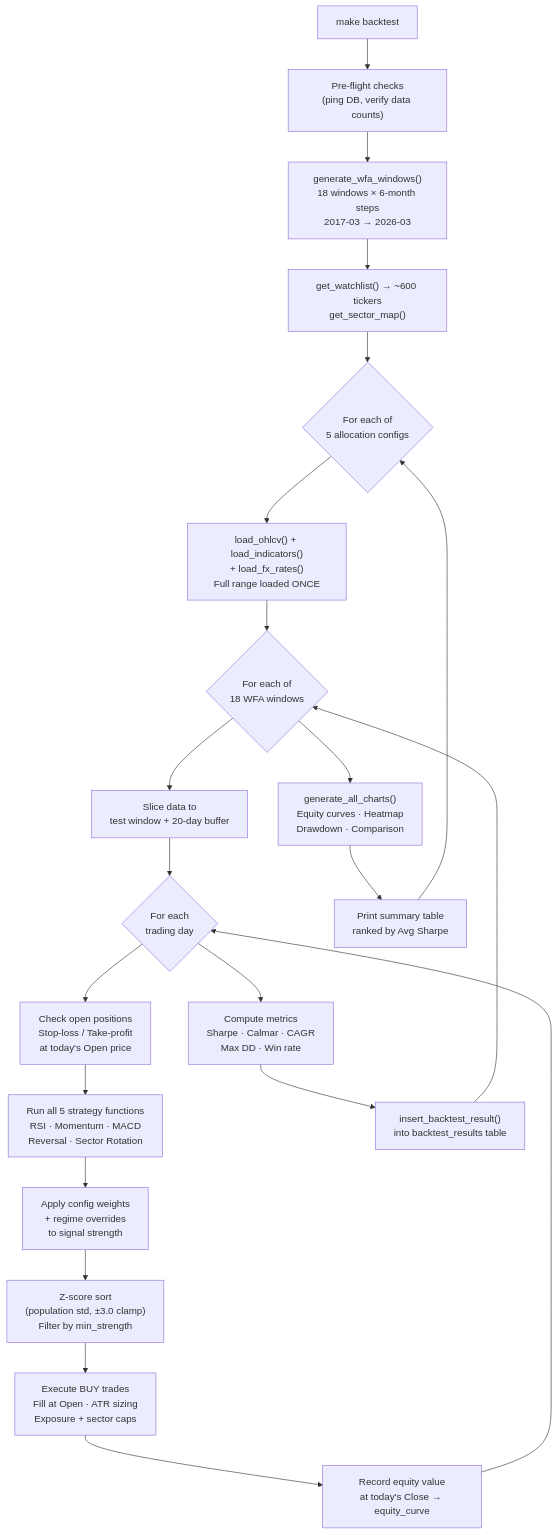
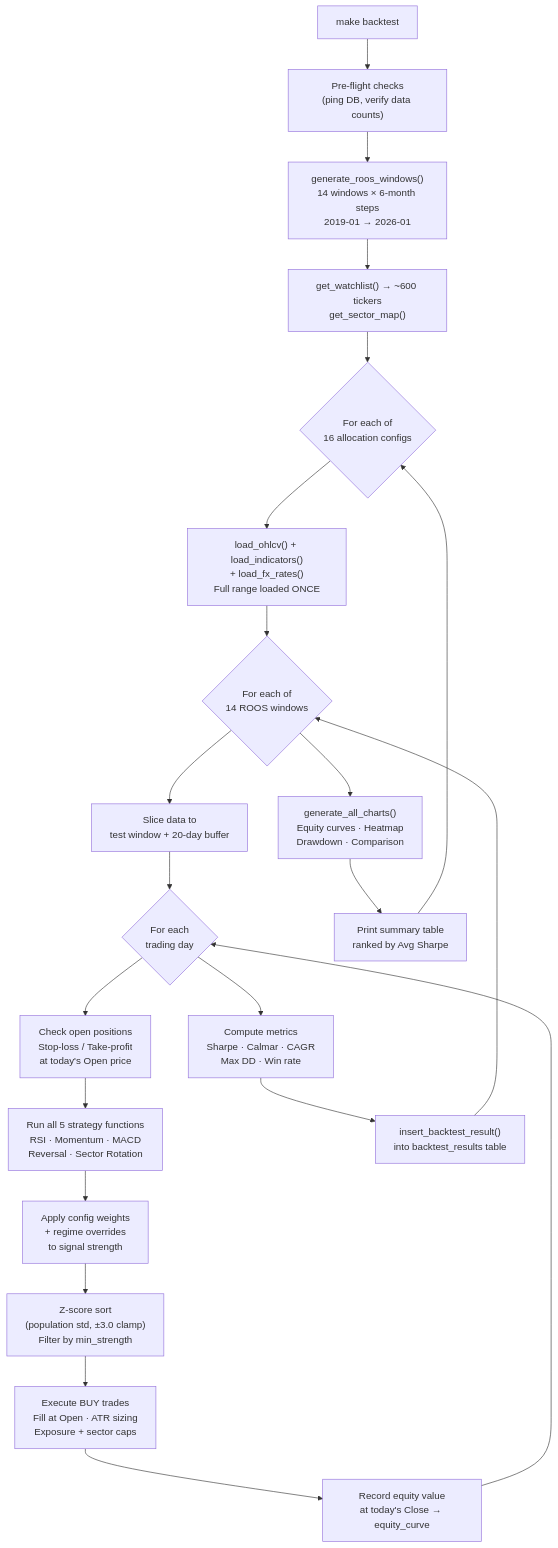
Before and after one commit to imkkapoor/kairos: the diagram in README.md, drawn with Mermaid. The commit also changed other lines of this file and 24 other files, not shown here.

````diff
--- a/README.md
+++ b/README.md
@@ -104,31 +104,31 @@
 ```mermaid
 flowchart TD
     A["make backtest"] --> B["Pre-flight checks\n(ping DB, verify data counts)"]
-    B --> C["generate_wfa_windows()\n18 windows × 6-month steps\n2017-03 → 2026-03"]
+    B --> C["generate_roos_windows()\n14 windows × 6-month steps\n2019-01 → 2026-01"]
     C --> D["get_watchlist() → ~600 tickers\nget_sector_map()"]
-    D --> E{"For each of\n5 allocation configs"}
+    D --> E{"For each of\n16 allocation configs"}
 
     E --> F["load_ohlcv() + load_indicators()\n+ load_fx_rates()\nFull range loaded ONCE"]
 
-    F --> G{"For each of\n18 WFA windows"}
+    F --> G{"For each of\n14 ROOS windows"}
 
     G --> H["Slice data to\ntest window + 20-day buffer"]
 
     H --> I{"For each\ntrading day"}
 
     I --> J["Check open positions\nStop-loss / Take-profit\nat today's Open price"]
     J --> K["Run all 5 strategy functions\nRSI · Momentum · MACD\nReversal · Sector Rotation"]
     K --> L["Apply config weights\n+ regime overrides\nto signal strength"]
     L --> M["Z-score sort\n(population std, ±3.0 clamp)\nFilter by min_strength"]
     M --> N["Execute BUY trades\nFill at Open · ATR sizing\nExposure + sector caps"]
     N --> O["Record equity value\nat today's Close → equity_curve"]
     O --> I
 
     I --> P["Compute metrics\nSharpe · Calmar · CAGR\nMax DD · Win rate"]
     P --> Q["insert_backtest_result()\ninto backtest_results table"]
     Q --> G
 
     G --> R["generate_all_charts()\nEquity curves · Heatmap\nDrawdown · Comparison"]
     R --> S["Print summary table\nranked by Avg Sharpe"]
     S --> E
 ```
````
